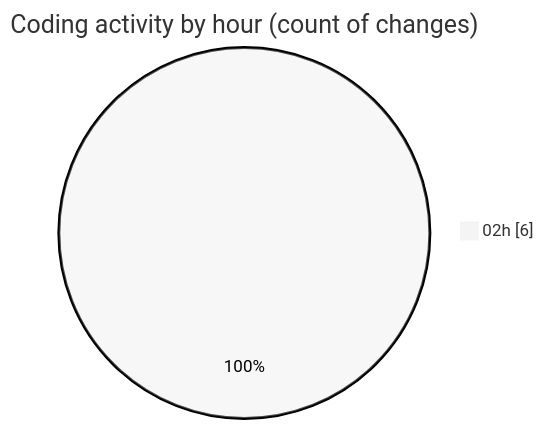
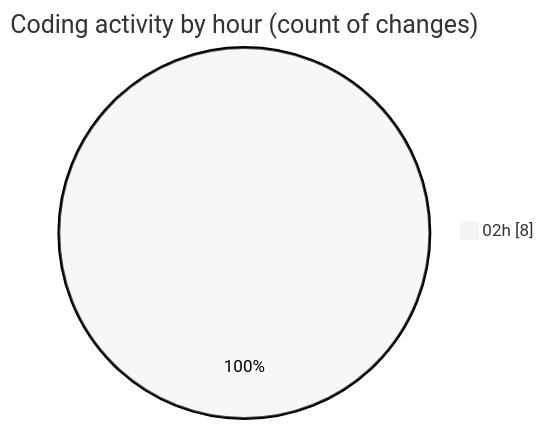
The second of 2 diagrams in 2025-04-05/front-end/README.md (Netris89/code-tracking), drawn with Mermaid (neutral theme) before and after one commit. The commit also changed other lines of this file and 1 other file, not shown here.

````diff
--- a/2025-04-05/front-end/README.md
+++ b/2025-04-05/front-end/README.md
@@ -30,5 +31,5 @@
 ```mermaid
 pie showData
 title Coding activity by hour (count of changes)
-"02h" : 6
+"02h" : 8
 ```
````
